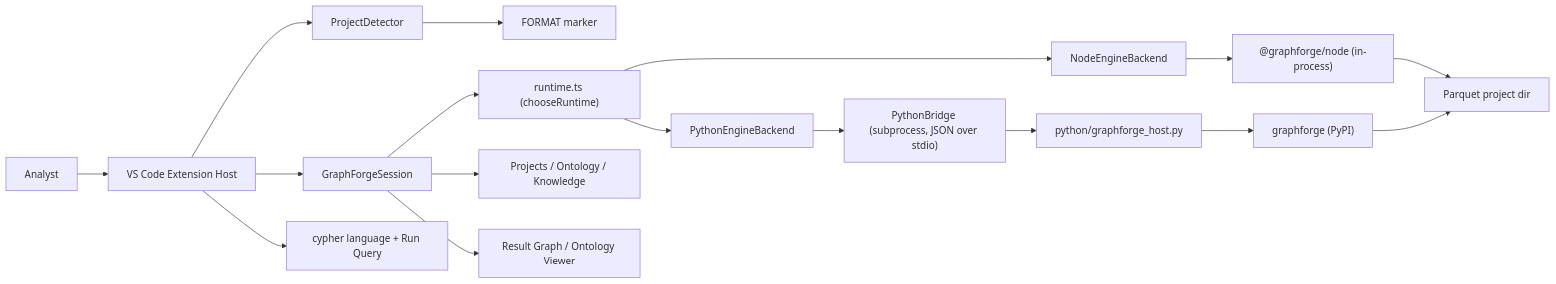
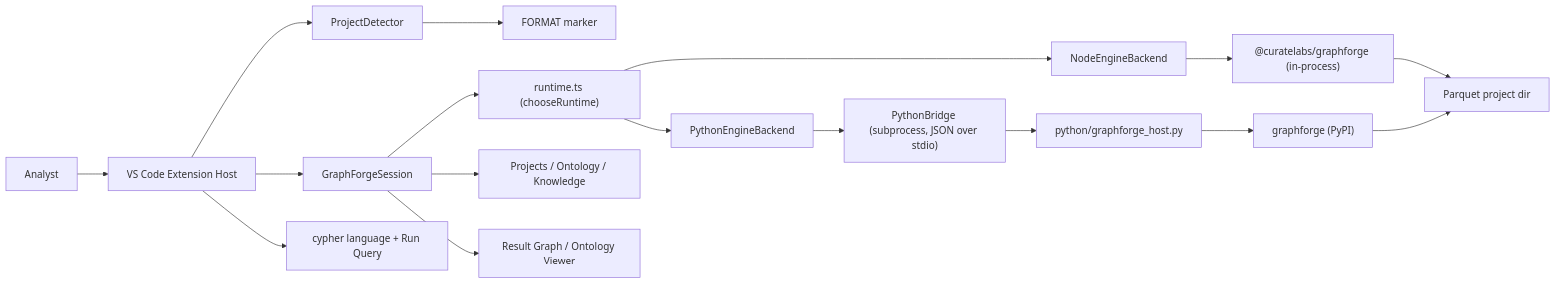
One commit to CurateLabs/graphforge-vscode changed the diagram in docs/engineering/ARCHITECTURE.md. Above: the diagram before and after it, drawn with Mermaid. The commit also changed other lines of this file and 45 other files, not shown here.

````diff
--- a/docs/engineering/ARCHITECTURE.md
+++ b/docs/engineering/ARCHITECTURE.md
@@ -10,19 +10,19 @@
 ```mermaid
 flowchart LR
   Analyst["Analyst"] --> Vscode["VS Code Extension Host"]
   Vscode --> Detector["ProjectDetector"]
   Vscode --> Session["GraphForgeSession"]
   Detector --> Format["FORMAT marker"]
   Session --> Runtime["runtime.ts (chooseRuntime)"]
   Runtime --> NodeBackend["NodeEngineBackend"]
   Runtime --> PyBackend["PythonEngineBackend"]
-  NodeBackend --> Native["@graphforge/node (in-process)"]
+  NodeBackend --> Native["@curatelabs/graphforge (in-process)"]
   PyBackend --> Bridge["PythonBridge (subprocess, JSON over stdio)"]
   Bridge --> Host["python/graphforge_host.py"]
   Host --> PyPkg["graphforge (PyPI)"]
   Native --> ProjectDir["Parquet project dir"]
   PyPkg --> ProjectDir
   Session --> Trees["Projects / Ontology / Knowledge"]
   Session --> Webviews["Result Graph / Ontology Viewer"]
   Vscode --> Cypher["cypher language + Run Query"]
 ```
````
